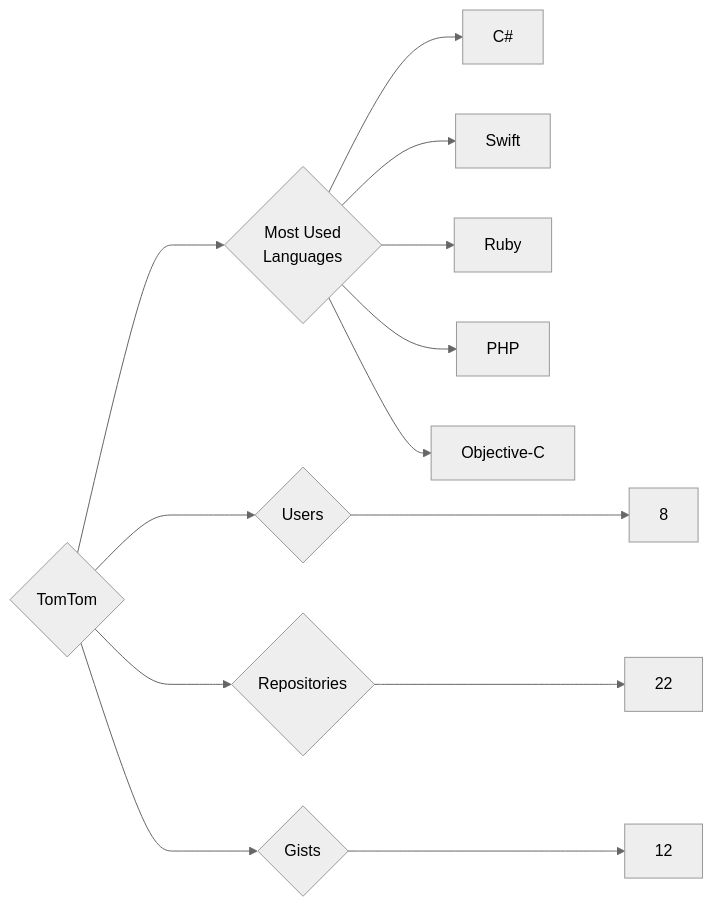
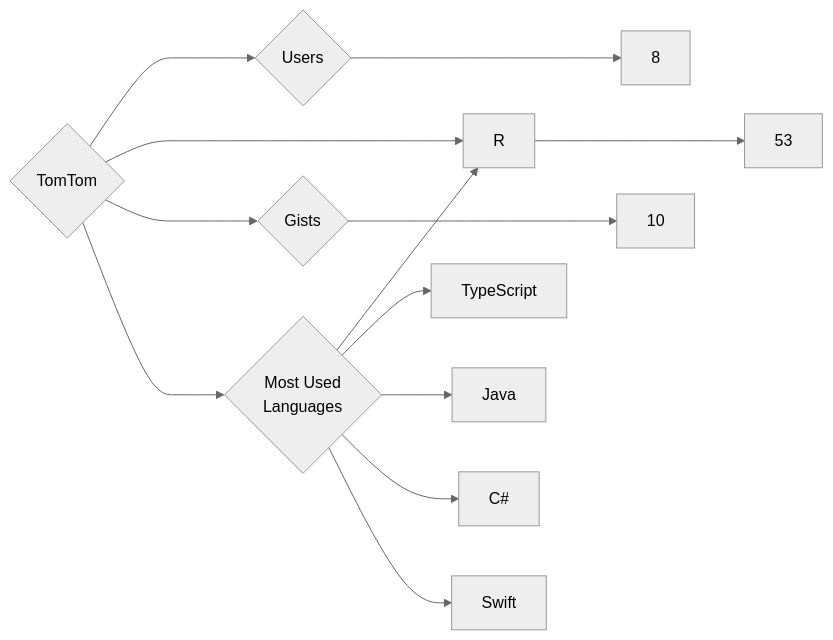
Before and after one commit to trickest/insiders: the diagram in targets/TomTom/README.md, drawn with Mermaid (neutral theme). The commit also changed 1479 other files, not shown here.

````diff
--- a/targets/TomTom/README.md
+++ b/targets/TomTom/README.md
@@ -3,13 +3,13 @@
 ```mermaid
 graph LR
 COMPANY_NAME{TomTom}
 COMPANY_NAME ---> U{Users} ---> UN[8]
-COMPANY_NAME ---> R{Repositories} ---> RN[22]
-COMPANY_NAME ---> G{Gists} ---> GN[12]
+COMPANY_NAME ---> R{Repositories} ---> RN[53]
+COMPANY_NAME ---> G{Gists} ---> GN[10]
 COMPANY_NAME ---> ML{Most Used<br>Languages}
+ML --> R[R]
+ML --> TypeScript[TypeScript]
+ML --> Java[Java]
 ML --> C#[C#]
 ML --> Swift[Swift]
-ML --> Ruby[Ruby]
-ML --> PHP[PHP]
-ML --> Objective-C[Objective-C]
 ```
````
